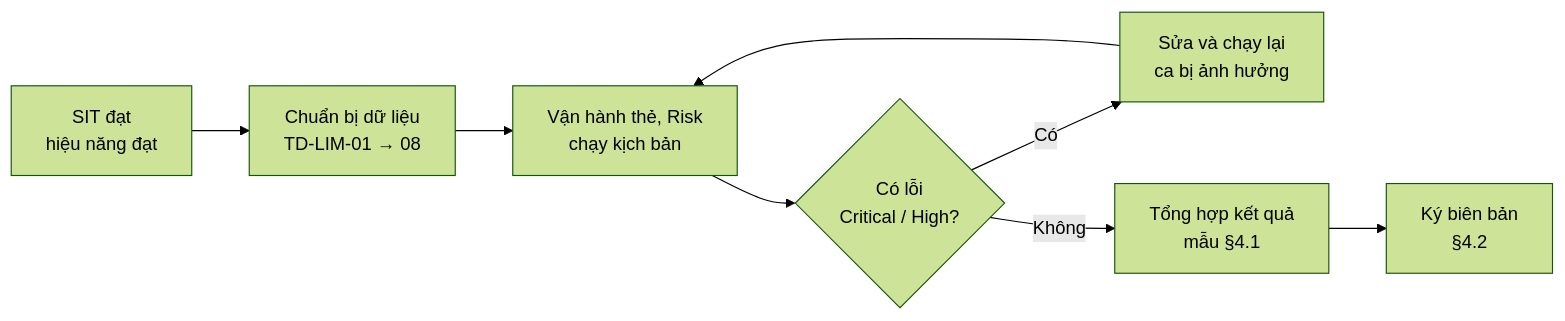
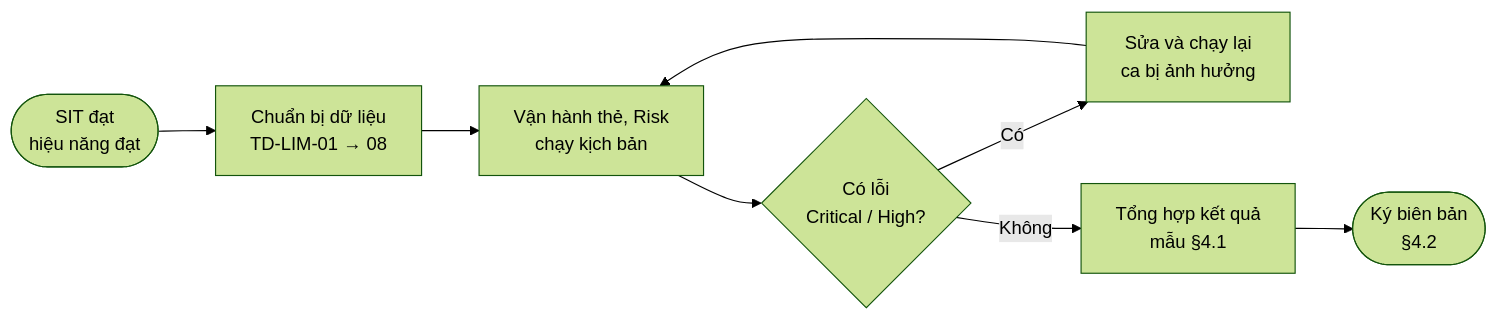
Before and after one commit to handao2303/aegis-ekyc-ui: the second of 2 diagrams in docs/03-credit-limit/L07-sit-perf-uat.md, drawn with Mermaid (forest theme). The commit also changed 54 other files, not shown here.

Commit message:
Full doc review: acceptance criteria for REQ-LIM-01..26, REQ-REC-21..24; header metadata (status, standard, version) completed on 24 docs; C03, Q01 approval; A03 API numbering note; start/end terminals on 10 process flowcharts; diagrams re-rendered

````diff
--- a/docs/03-credit-limit/L07-sit-perf-uat.md
+++ b/docs/03-credit-limit/L07-sit-perf-uat.md
@@ -101,10 +101,10 @@
 ```mermaid
 flowchart LR
-    A["SIT đạt<br/>hiệu năng đạt"] --> B["Chuẩn bị dữ liệu<br/>TD-LIM-01 → 08"]
+    A(["SIT đạt<br/>hiệu năng đạt"]) --> B["Chuẩn bị dữ liệu<br/>TD-LIM-01 → 08"]
     B --> C["Vận hành thẻ, Risk<br/>chạy kịch bản"]
     C --> D{"Có lỗi<br/>Critical / High?"}
     D -- "Có" --> E["Sửa và chạy lại<br/>ca bị ảnh hưởng"]
     E --> C
     D -- "Không" --> F["Tổng hợp kết quả<br/>mẫu §4.1"]
-    F --> G["Ký biên bản<br/>§4.2"]
+    F --> G(["Ký biên bản<br/>§4.2"])
 ```
````
